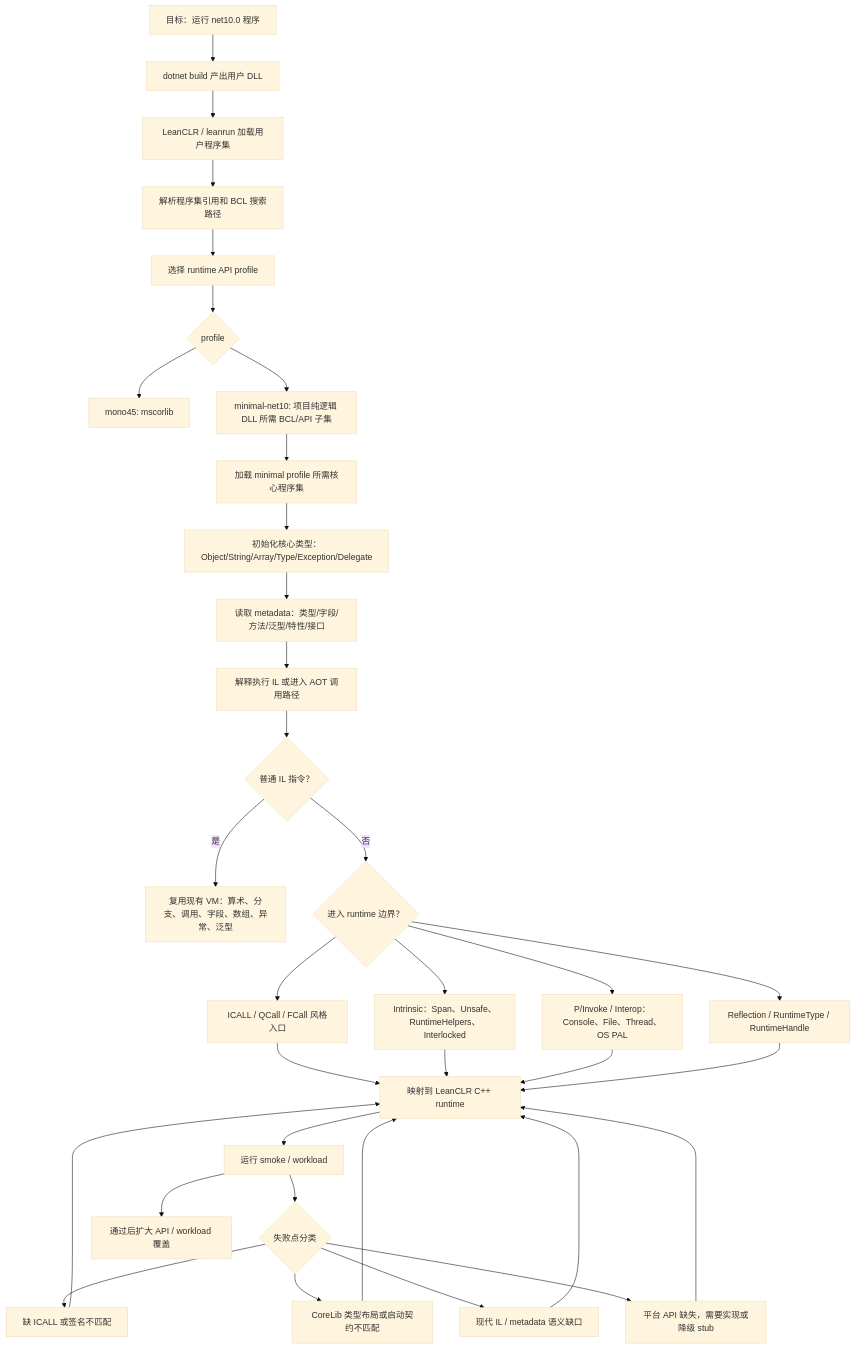
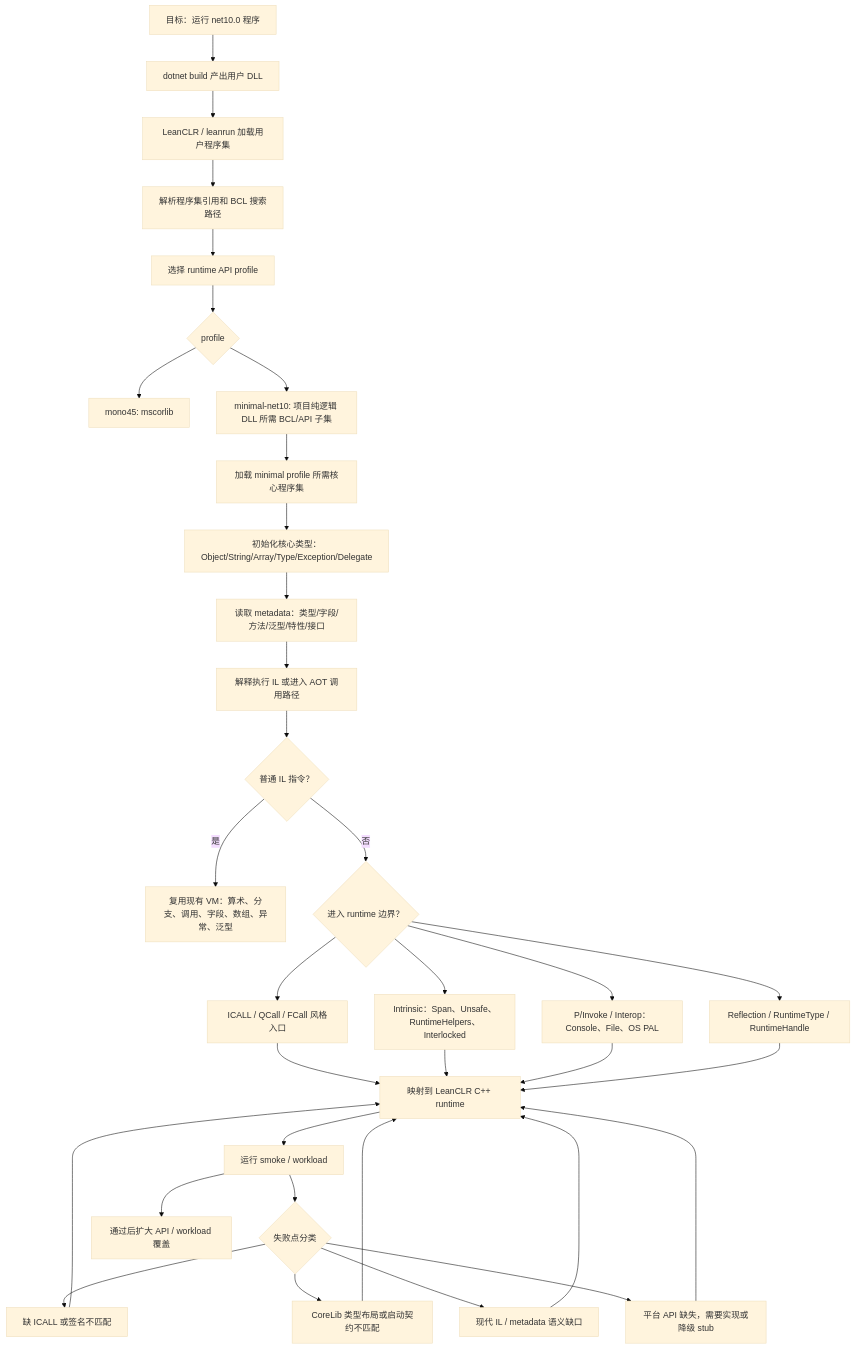
The first of 8 diagrams in docs/dotnet10-runtime-and-engine-integration.md (wqaetly/leanclr), drawn with Mermaid (base theme) before and after one commit. The commit also changed other lines of this file and 21 other files, not shown here.

````diff
--- a/docs/dotnet10-runtime-and-engine-integration.md
+++ b/docs/dotnet10-runtime-and-engine-integration.md
@@ -36,43 +36,43 @@
 ```mermaid
 flowchart TD
     A["目标：运行 net10.0 程序"] --> B["dotnet build 产出用户 DLL"]
     B --> C["LeanCLR / leanrun 加载用户程序集"]
     C --> D["解析程序集引用和 BCL 搜索路径"]
     D --> E["选择 runtime API profile"]
 
     E --> F{"profile"}
     F --> F1["mono45: mscorlib"]
     F --> F2["minimal-net10: 项目纯逻辑 DLL 所需 BCL/API 子集"]
 
     F2 --> G["加载 minimal profile 所需核心程序集"]
     G --> H["初始化核心类型：Object/String/Array/Type/Exception/Delegate"]
     H --> I["读取 metadata：类型/字段/方法/泛型/特性/接口"]
     I --> J["解释执行 IL 或进入 AOT 调用路径"]
 
     J --> K{"普通 IL 指令？"}
     K -->|是| L["复用现有 VM：算术、分支、调用、字段、数组、异常、泛型"]
     K -->|否| M{"进入 runtime 边界？"}
 
     M --> N["ICALL / QCall / FCall 风格入口"]
     M --> O["Intrinsic：Span、Unsafe、RuntimeHelpers、Interlocked"]
-    M --> P["P/Invoke / Interop：Console、File、Thread、OS PAL"]
+    M --> P["P/Invoke / Interop：Console、File、OS PAL"]
     M --> Q["Reflection / RuntimeType / RuntimeHandle"]
 
     N --> R["映射到 LeanCLR C++ runtime"]
     O --> R
     P --> R
     Q --> R
 
     R --> S["运行 smoke / workload"]
     S --> T{"失败点分类"}
     T --> T1["缺 ICALL 或签名不匹配"]
     T --> T2["CoreLib 类型布局或启动契约不匹配"]
     T --> T3["现代 IL / metadata 语义缺口"]
     T --> T4["平台 API 缺失，需要实现或降级 stub"]
 
     T1 --> R
     T2 --> R
     T3 --> R
     T4 --> R
     S --> U["通过后扩大 API / workload 覆盖"]
 ```
````
